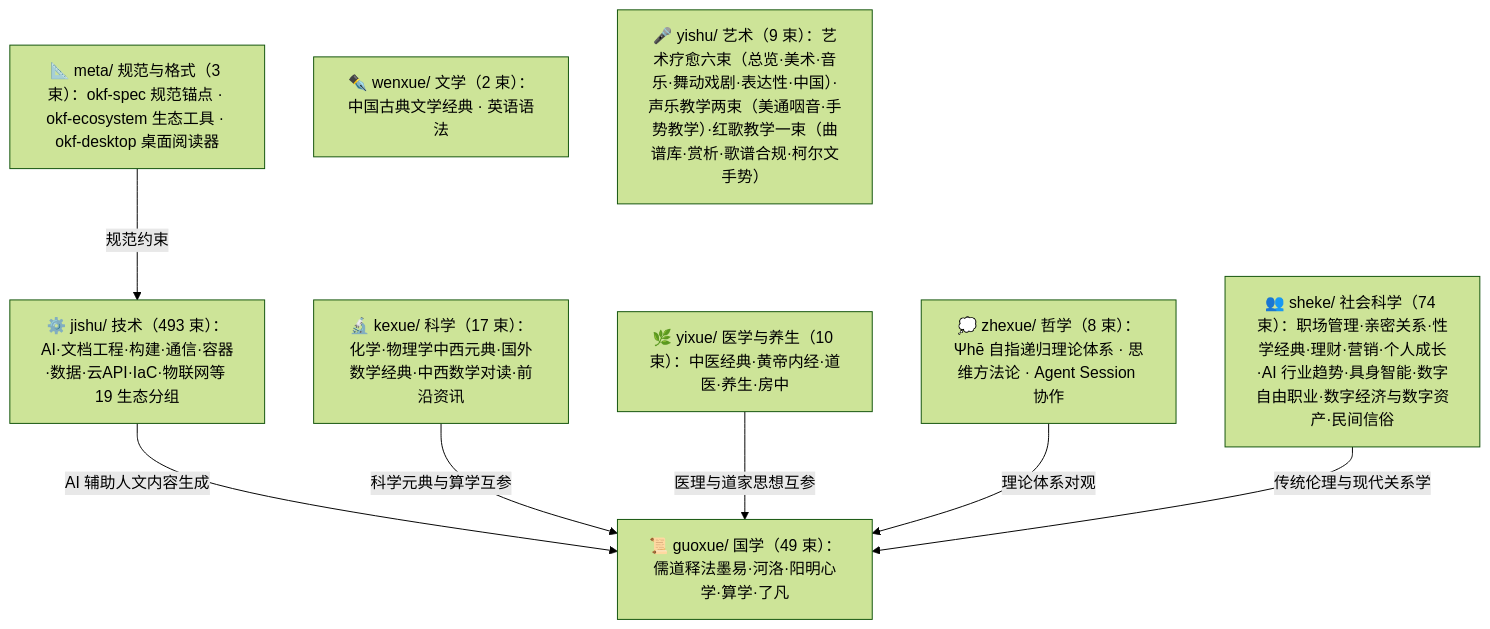
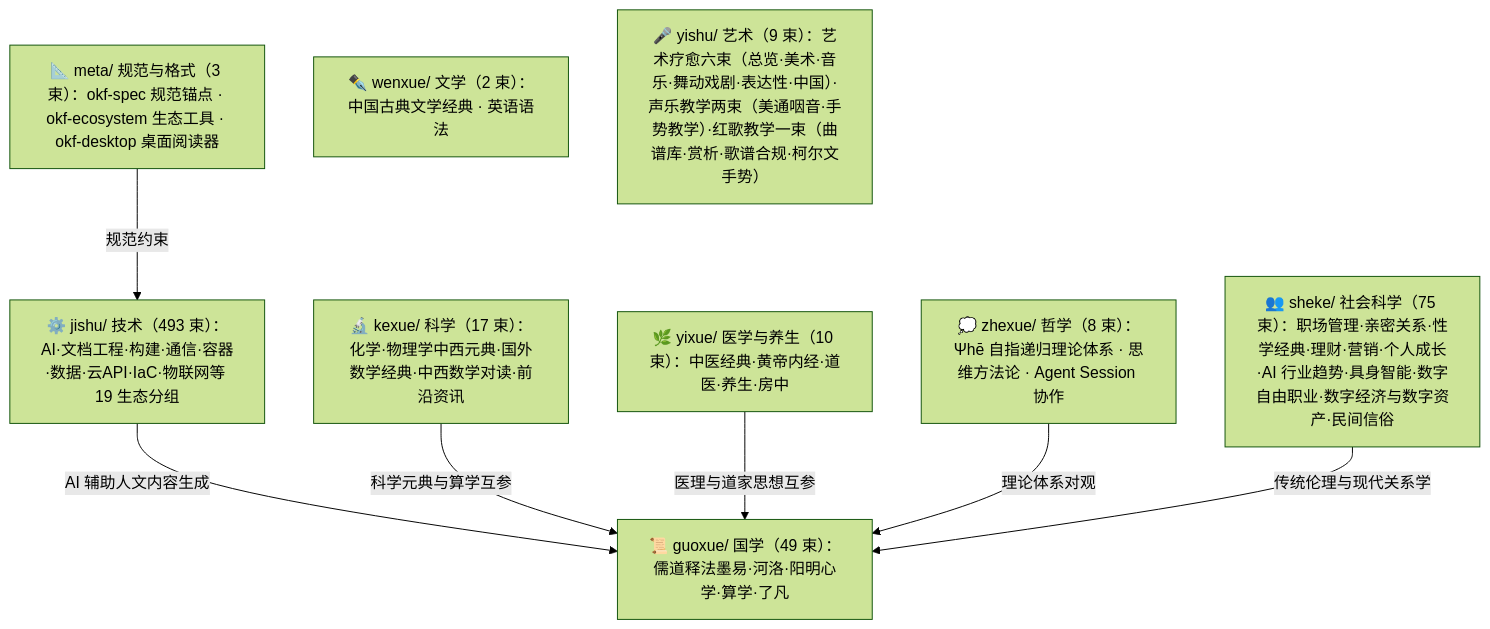
One commit to awesome-flexloop/awesome-okf changed the diagram in doc/bundles/index.md. Above: the diagram before and after it, drawn with Mermaid (forest theme). The commit also changed other lines of this file and 17 other files, not shown here.

````diff
--- a/doc/bundles/index.md
+++ b/doc/bundles/index.md
@@ -21,18 +21,18 @@
 ```mermaid
 flowchart TD
     meta["📐 meta/ 规范与格式（3 束）：okf-spec 规范锚点 · okf-ecosystem 生态工具 · okf-desktop 桌面阅读器"]
     guoxue["📜 guoxue/ 国学（49 束）：儒道释法墨易·河洛·阳明心学·算学·了凡"]
     zhexue["💭 zhexue/ 哲学（8 束）：Ψhē 自指递归理论体系 · 思维方法论 · Agent Session 协作"]
     kexue["🔬 kexue/ 科学（17 束）：化学·物理学中西元典·国外数学经典·中西数学对读·前沿资讯"]
     wenxue["✒️ wenxue/ 文学（2 束）：中国古典文学经典 · 英语语法"]
     yixue["🌿 yixue/ 医学与养生（10 束）：中医经典·黄帝内经·道医·养生·房中"]
-    sheke["👥 sheke/ 社会科学（74 束）：职场管理·亲密关系·性学经典·理财·营销·个人成长·AI 行业趋势·具身智能·数字自由职业·数字经济与数字资产·民间信俗"]
+    sheke["👥 sheke/ 社会科学（75 束）：职场管理·亲密关系·性学经典·理财·营销·个人成长·AI 行业趋势·具身智能·数字自由职业·数字经济与数字资产·民间信俗"]
     yishu["🎤 yishu/ 艺术（9 束）：艺术疗愈六束（总览·美术·音乐·舞动戏剧·表达性·中国）·声乐教学两束（美通咽音·手势教学）·红歌教学一束（曲谱库·赏析·歌谱合规·柯尔文手势）"]
     jishu["⚙️ jishu/ 技术（493 束）：AI·文档工程·构建·通信·容器·数据·云API·IaC·物联网等 19 生态分组"]
     meta -->|"规范约束"| jishu
     jishu -->|"AI 辅助人文内容生成"| guoxue
     kexue -->|"科学元典与算学互参"| guoxue
     yixue -->|"医理与道家思想互参"| guoxue
     zhexue -->|"理论体系对观"| guoxue
     sheke -->|"传统伦理与现代关系学"| guoxue
 ```
````
